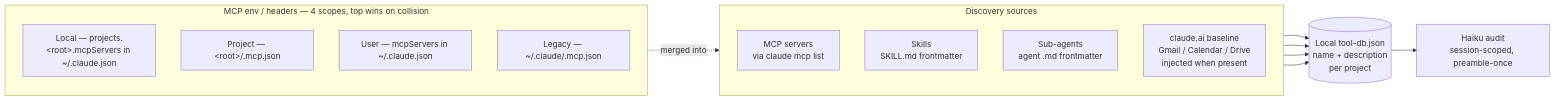
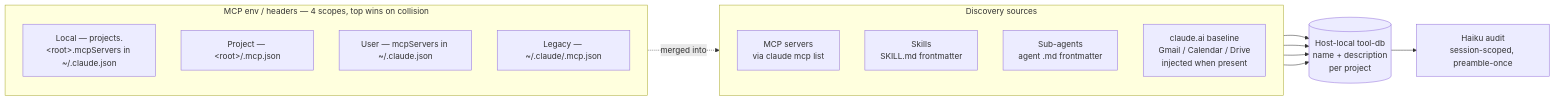
The second of 2 diagrams in README.md (kitepon-rgb/Spotter), drawn with Mermaid before and after one commit. The commit also changed other lines of this file and 22 other files, not shown here.

Commit message:
Separate tool DBs by host agent

````diff
--- a/README.md
+++ b/README.md
@@ -78,23 +78,23 @@
 ```mermaid
 flowchart LR
     subgraph SRC[Discovery sources]
       direction TB
       MCP[MCP servers<br/>via claude mcp list]
       SK[Skills<br/>SKILL.md frontmatter]
       AG[Sub-agents<br/>agent .md frontmatter]
       BL[claude.ai baseline<br/>Gmail / Calendar / Drive<br/>injected when present]
     end
     subgraph SCOPES["MCP env / headers — 4 scopes, top wins on collision"]
       direction TB
       L["Local — projects.&lt;root&gt;.mcpServers in ~/.claude.json"]
       P["Project — &lt;root&gt;/.mcp.json"]
       US["User — mcpServers in ~/.claude.json"]
       LG["Legacy — ~/.claude/.mcp.json"]
     end
     SCOPES -. merged into .-> MCP
-    MCP --> DB[(Local tool-db.json<br/>name + description<br/>per project)]
+    MCP --> DB[(Host-local tool-db<br/>name + description<br/>per project)]
     SK --> DB
     AG --> DB
     BL --> DB
     DB --> H[Haiku audit<br/>session-scoped, preamble-once]
 ```
````
